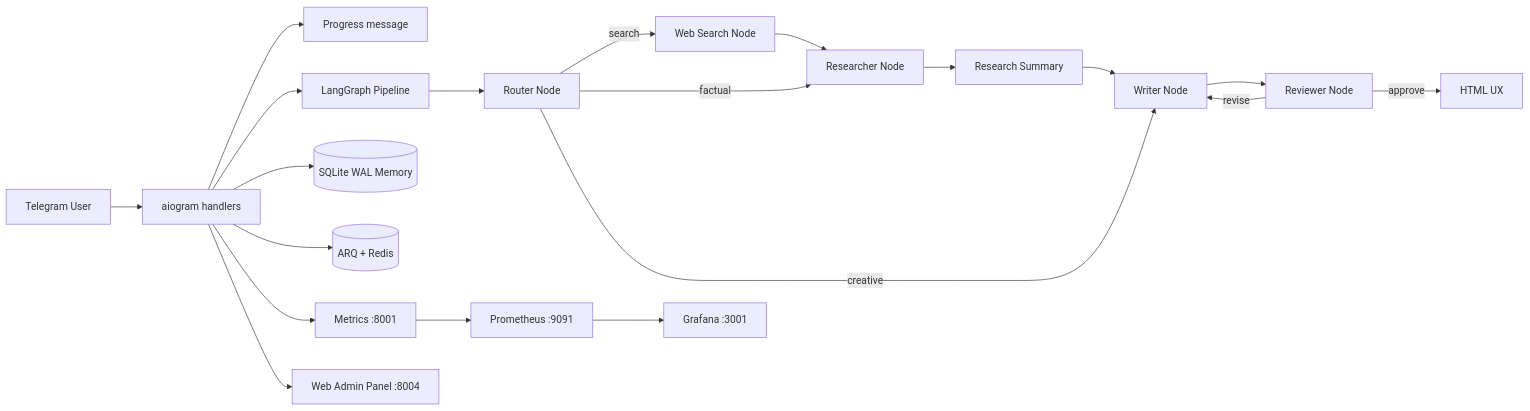
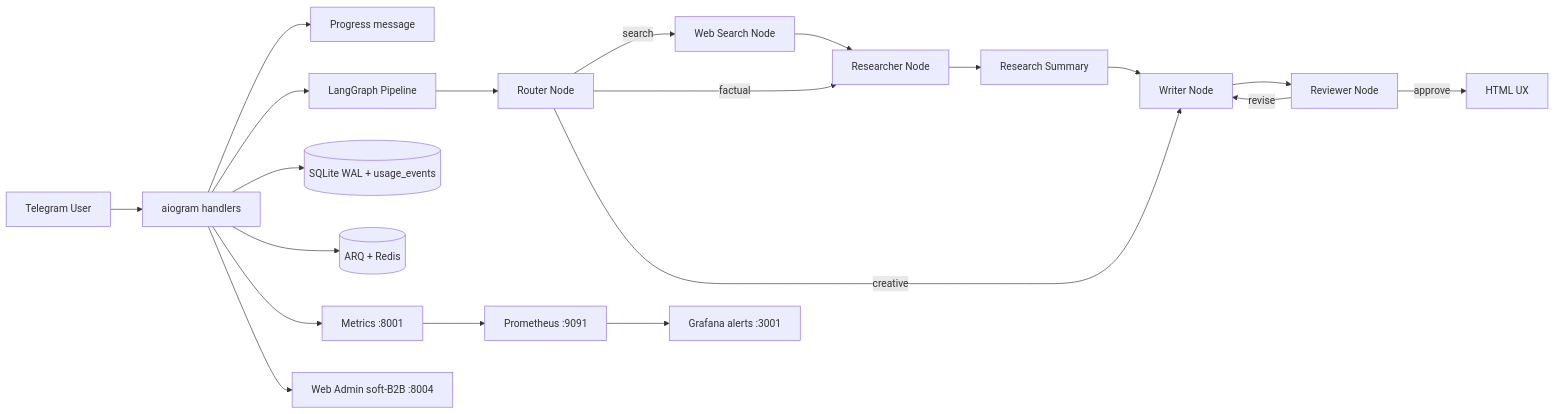
One commit to kartuznik/watchdog_bot changed the diagram in README.md. Above: the diagram before and after it, drawn with Mermaid. The commit also changed other lines of this file and 19 other files, not shown here.

````diff
--- a/README.md
+++ b/README.md
@@ -45,22 +67,22 @@
 ```mermaid
 flowchart LR
     U[Telegram User] --> A[aiogram handlers]
     A --> PGS[Progress message]
     A --> G[LangGraph Pipeline]
     G --> RT[Router Node]
     RT -->|search| W[Web Search Node]
     RT -->|factual| R[Researcher Node]
     RT -->|creative| WR[Writer Node]
     W --> R
     R --> S[Research Summary]
     S --> WR
     WR --> RV[Reviewer Node]
     RV -->|revise| WR
     RV -->|approve| OUT[HTML UX]
-    A --> DB[(SQLite WAL Memory)]
+    A --> DB[(SQLite WAL + usage_events)]
     A --> Q[(ARQ + Redis)]
     A --> M[Metrics :8001]
     M --> P[Prometheus :9091]
-    P --> GF[Grafana :3001]
-    A --> ADM[Web Admin Panel :8004]
+    P --> GF[Grafana alerts :3001]
+    A --> ADM[Web Admin soft-B2B :8004]
 ```
````
